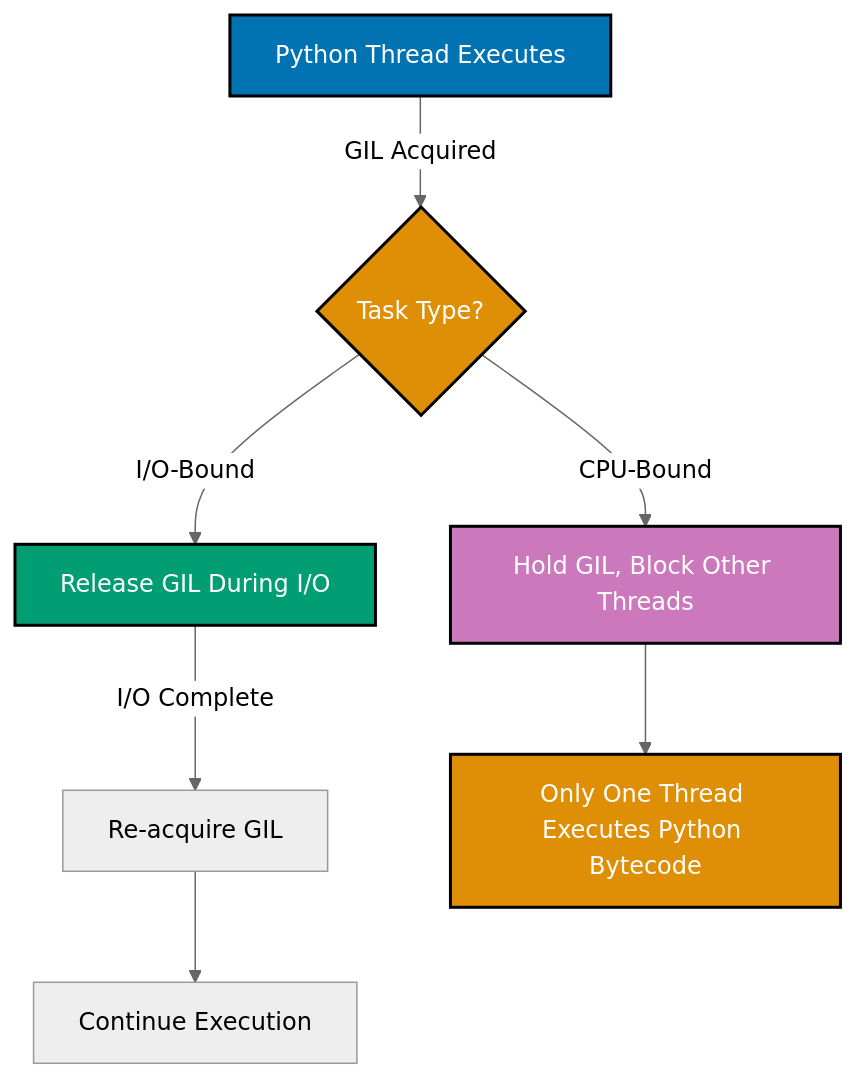
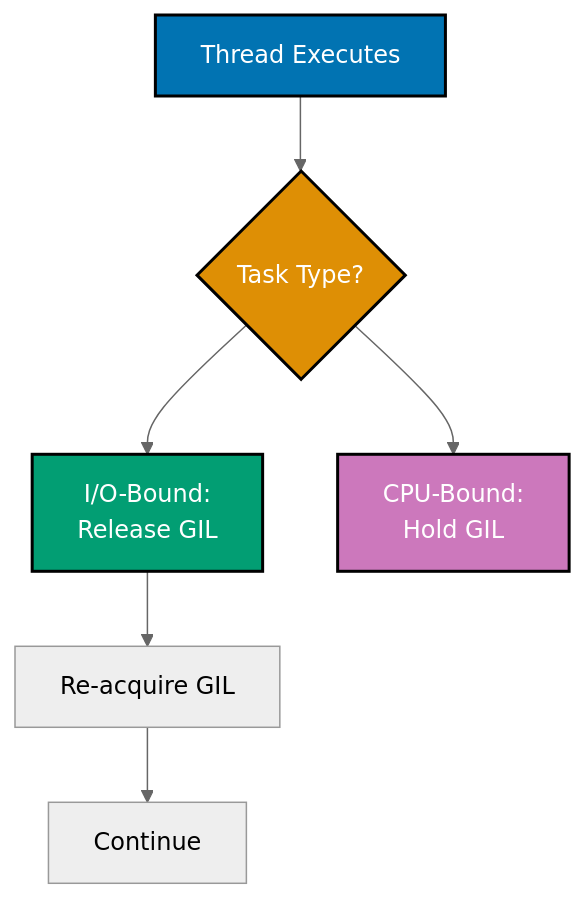
One commit to wahidyankf/ose-primer changed the first of 8 diagrams in docs/explanation/software-engineering/programming-languages/python/concurrency-and-parallelism.md. Above: the diagram before and after it, drawn with Mermaid (neutral theme). The commit also changed other lines of this file and 12 other files, not shown here.

Commit message:
fix(docs): fix mermaid violations in python/ docs (batch 2/10)

````diff
--- a/docs/explanation/software-engineering/programming-languages/python/concurrency-and-parallelism.md
+++ b/docs/explanation/software-engineering/programming-languages/python/concurrency-and-parallelism.md
@@ -52,18 +52,14 @@
 ```mermaid
 %% Color Palette: Blue #0173B2, Orange #DE8F05, Teal #029E73, Purple #CC78BC
 graph TD
-  A[Python Thread Executes] -->|GIL Acquired| B{Task Type?}
-  B -->|I/O-Bound| C[Release GIL During I/O]
-  B -->|CPU-Bound| D[Hold GIL, Block Other Threads]
-
-  C -->|I/O Complete| E[Re-acquire GIL]
-  E --> F[Continue Execution]
-
-  D --> G[Only One Thread Executes Python Bytecode]
+  A[Thread Executes] --> B{Task Type?}
+  B --> C[I/O-Bound:<br/>Release GIL]
+  B --> D[CPU-Bound:<br/>Hold GIL]
+  C --> E[Re-acquire GIL]
+  E --> F[Continue]
 
   style A fill:#0173B2,stroke:#000,color:#fff,stroke-width:2px
   style B fill:#DE8F05,stroke:#000,color:#fff,stroke-width:2px
   style C fill:#029E73,stroke:#000,color:#fff,stroke-width:2px
   style D fill:#CC78BC,stroke:#000,color:#fff,stroke-width:2px
-  style G fill:#DE8F05,stroke:#000,color:#fff,stroke-width:2px
 ```
````
